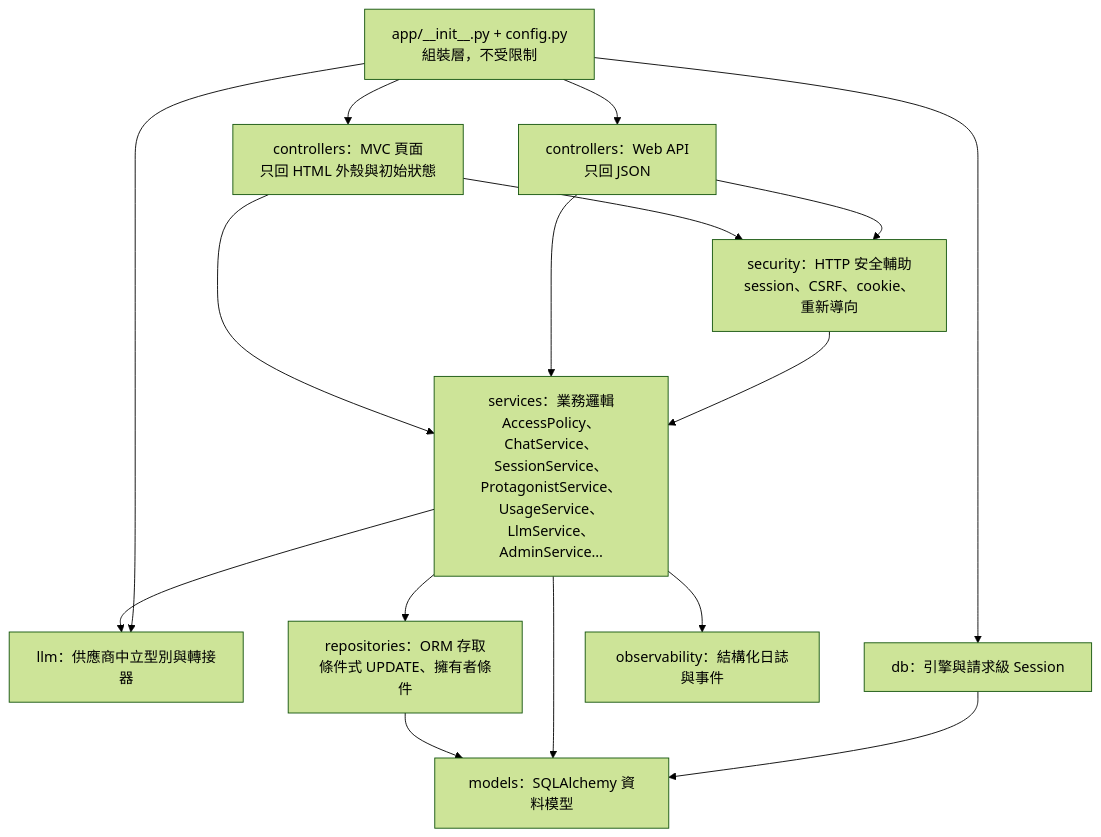
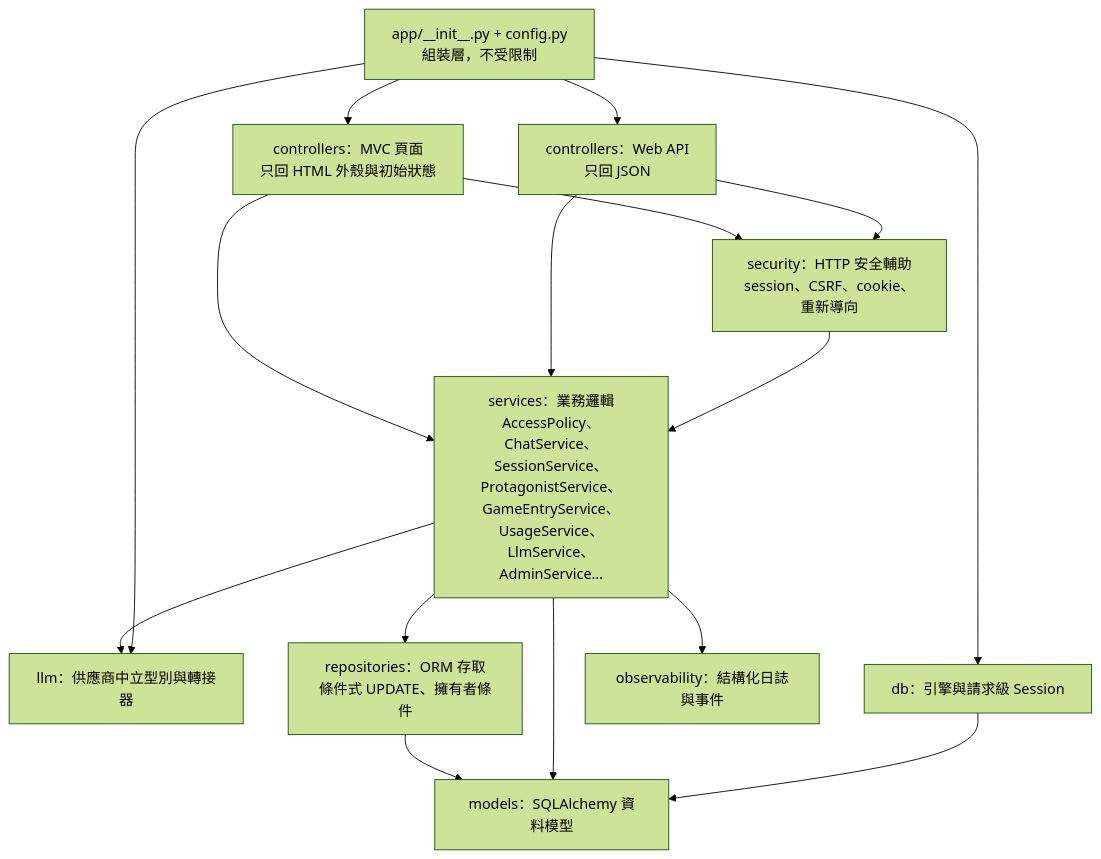
Before and after one commit to pp466pp466/R.A.C: the second of 9 diagrams in docs/系統架構-architecture.md, drawn with Mermaid (forest theme). The commit also changed other lines of this file and 7 other files, not shown here.

````diff
--- a/docs/系統架構-architecture.md
+++ b/docs/系統架構-architecture.md
@@ -42,29 +43,29 @@
 ```mermaid
 flowchart TD
     Pages["controllers：MVC 頁面<br/>只回 HTML 外殼與初始狀態"]
     Api["controllers：Web API<br/>只回 JSON"]
     Sec["security：HTTP 安全輔助<br/>session、CSRF、cookie、重新導向"]
-    Svc["services：業務邏輯<br/>AccessPolicy、ChatService、SessionService、ProtagonistService、UsageService、LlmService、AdminService…"]
+    Svc["services：業務邏輯<br/>AccessPolicy、ChatService、SessionService、ProtagonistService、GameEntryService、UsageService、LlmService、AdminService…"]
     Llm["llm：供應商中立型別與轉接器"]
     Repo["repositories：ORM 存取<br/>條件式 UPDATE、擁有者條件"]
     Model["models：SQLAlchemy 資料模型"]
     Db["db：引擎與請求級 Session"]
     Obs["observability：結構化日誌與事件"]
     Cfg["app/__init__.py + config.py<br/>組裝層，不受限制"]
 
     Pages --> Svc
     Api --> Svc
     Pages --> Sec
     Api --> Sec
     Sec --> Svc
     Svc --> Repo
     Svc --> Llm
     Svc --> Obs
     Repo --> Model
     Svc --> Model
     Db --> Model
     Cfg --> Pages
     Cfg --> Api
     Cfg --> Db
     Cfg --> Llm
 ```
````
